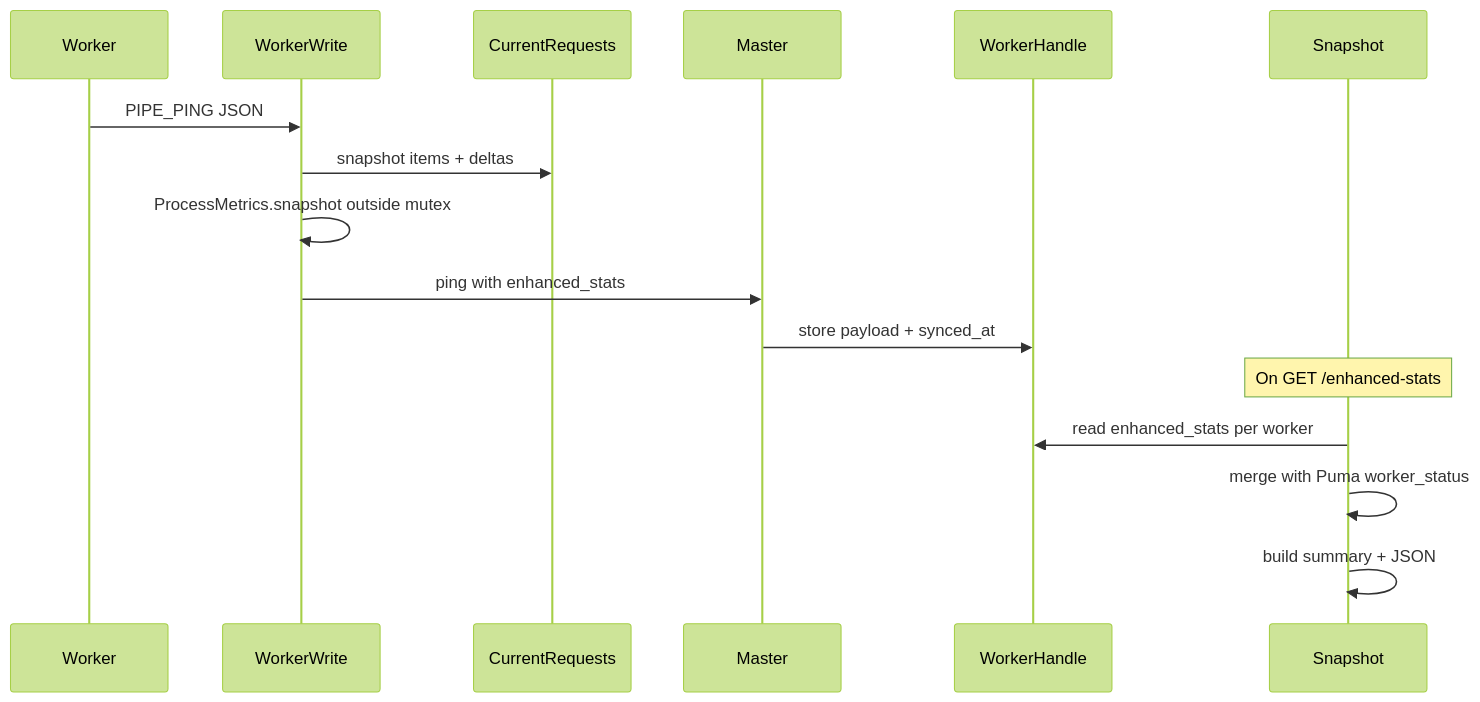
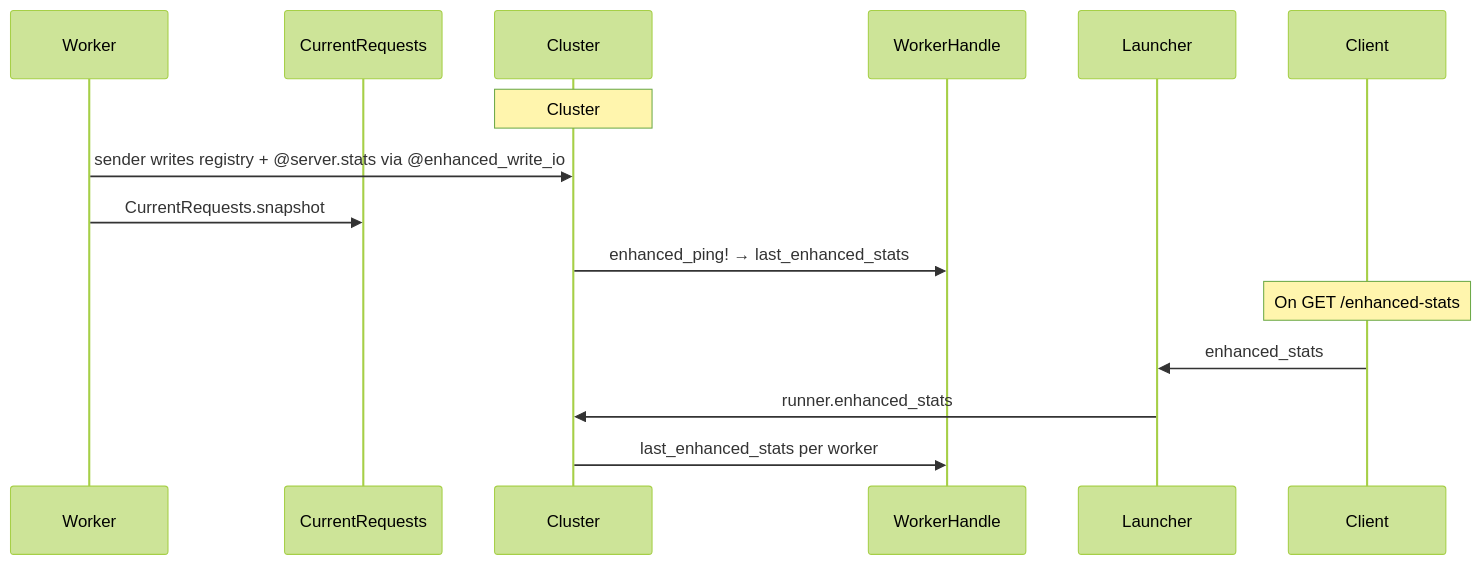
Before and after one commit to smart-sgisistemas/puma-enhanced-stats: the second of 3 diagrams in docs/architecture.md, drawn with Mermaid (forest theme). The commit also changed other lines of this file and 40 other files, not shown here.

````diff
--- a/docs/architecture.md
+++ b/docs/architecture.md
@@ -39,20 +41,19 @@
 ```mermaid
 sequenceDiagram
   participant W as Worker
-  participant WW as WorkerWrite
   participant CR as CurrentRequests
-  participant M as Master
+  participant CL as Cluster
   participant WH as WorkerHandle
-  participant SN as Snapshot
+  participant L as Launcher
+  participant C as Client
 
-  W->>WW: PIPE_PING JSON
-  WW->>CR: snapshot items + deltas
-  WW->>WW: ProcessMetrics.snapshot outside mutex
-  WW->>M: ping with enhanced_stats
-  M->>WH: store payload + synced_at
+  Note over CL: Cluster#run opens pipe (read/write IO)
+  W->>CL: sender writes registry + @server.stats via @enhanced_write_io
+  W->>CR: CurrentRequests.snapshot
+  CL->>WH: enhanced_ping! → last_enhanced_stats
 
-  Note over SN: On GET /enhanced-stats
-  SN->>WH: read enhanced_stats per worker
-  SN->>SN: merge with Puma worker_status
-  SN->>SN: build summary + JSON
+  Note over C: On GET /enhanced-stats
+  C->>L: enhanced_stats
+  L->>CL: runner.enhanced_stats
+  CL->>WH: last_enhanced_stats per worker
 ```
````
